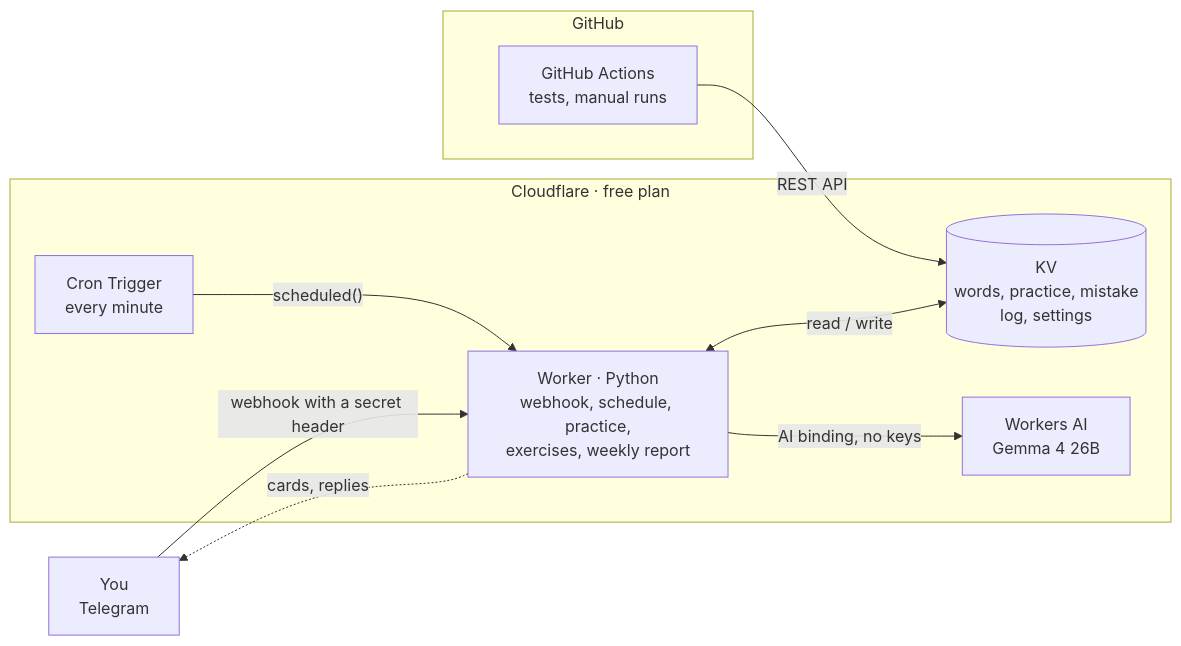
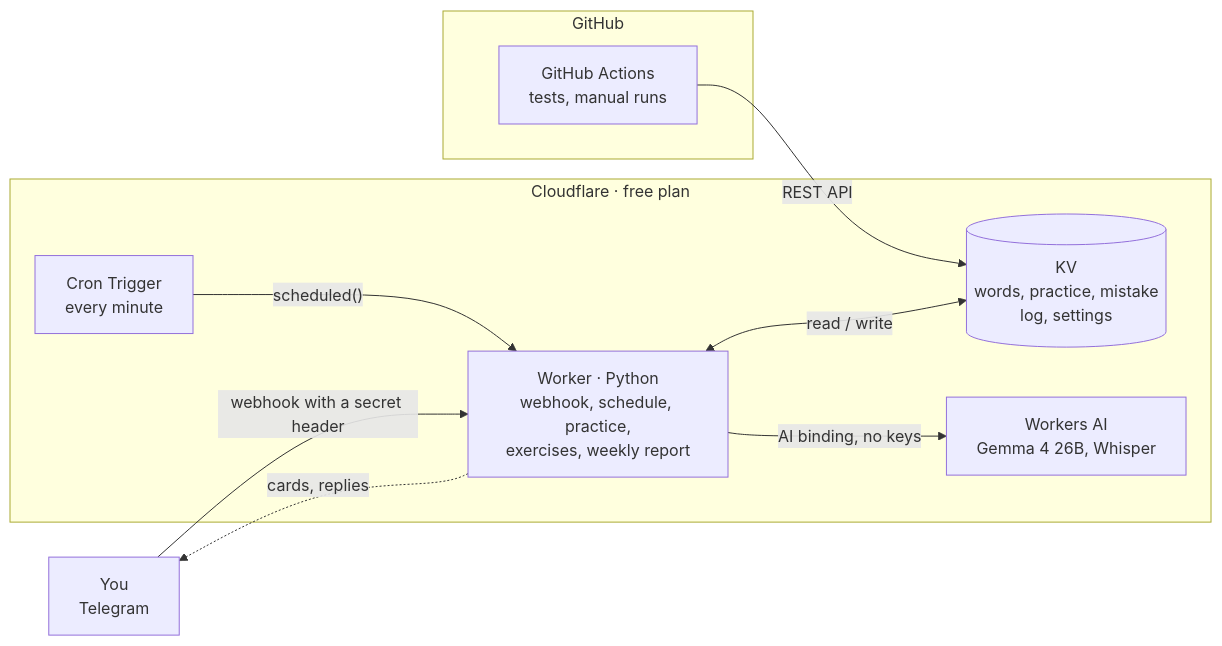
Before and after one commit to 1abobik1/VocabTGBot: the diagram in README.en.md, drawn with Mermaid. The commit also changed other lines of this file and 28 other files, not shown here.

````diff
--- a/README.en.md
+++ b/README.en.md
@@ -21,19 +21,19 @@
 ```mermaid
 flowchart LR
     U[You<br/>Telegram]
     subgraph CF [Cloudflare · free plan]
       C[Cron Trigger<br/>every minute]
       W[Worker · Python<br/>webhook, schedule, practice,<br/>exercises, weekly report]
-      AI[Workers AI<br/>Gemma 4 26B]
+      AI[Workers AI<br/>Gemma 4 26B, Whisper]
       KV[(KV<br/>words, practice, mistake<br/>log, settings)]
     end
     subgraph GH [GitHub]
       A[GitHub Actions<br/>tests, manual runs]
     end
     U -- "webhook with a secret header" --> W
     W -. "cards, replies" .-> U
     C -- "scheduled()" --> W
     W <-- "read / write" --> KV
     W -- "AI binding, no keys" --> AI
     A -- "REST API" --> KV
 ```
````
